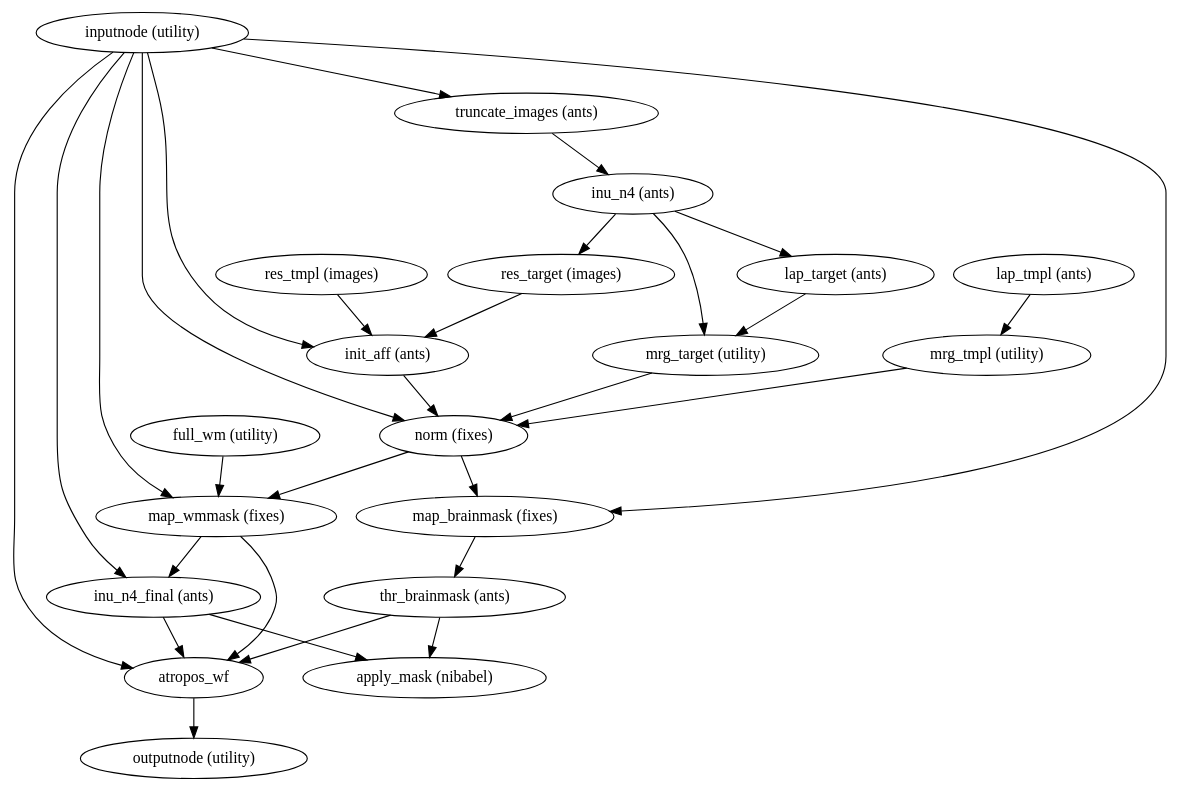
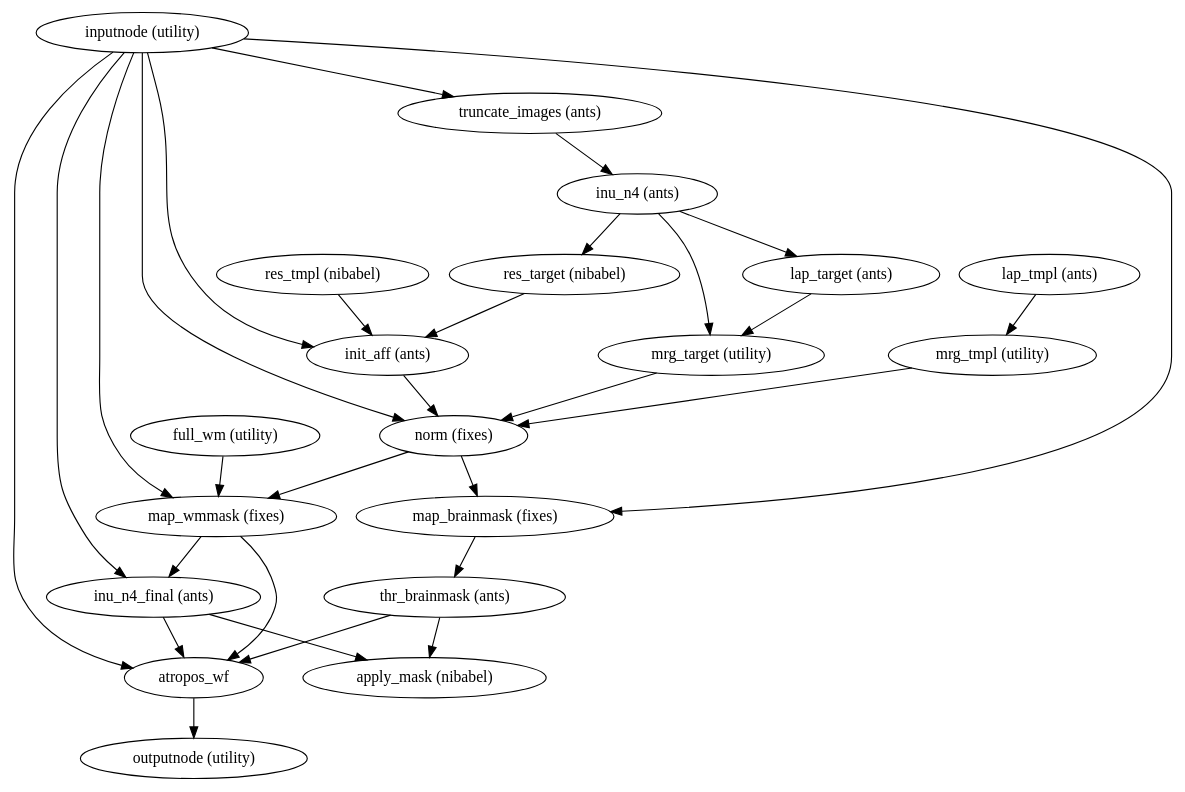
One commit to notZaki/niworkflows changed the diagram in 1.1.7/wf_directive/api/brain_extraction_wf/niworkflows-anat-ants-2.dot. Above: the diagram before and after it, drawn with Graphviz. The commit also changed 12515 other files, not shown here.

```diff
--- a/1.1.7/wf_directive/api/brain_extraction_wf/niworkflows-anat-ants-2.dot
+++ b/1.1.7/wf_directive/api/brain_extraction_wf/niworkflows-anat-ants-2.dot
@@ -1,50 +1,50 @@
 strict digraph  {
 "inputnode (utility)";
 "truncate_images (ants)";
 "inu_n4_final (ants)";
 "init_aff (ants)";
 "norm (fixes)";
 "map_brainmask (fixes)";
 "map_wmmask (fixes)";
 atropos_wf;
 "inu_n4 (ants)";
 "apply_mask (nibabel)";
 "thr_brainmask (ants)";
-"res_target (images)";
+"res_target (nibabel)";
 "lap_target (ants)";
 "mrg_target (utility)";
-"res_tmpl (images)";
+"res_tmpl (nibabel)";
 "full_wm (utility)";
 "lap_tmpl (ants)";
 "mrg_tmpl (utility)";
 "outputnode (utility)";
 "inputnode (utility)" -> "truncate_images (ants)";
 "inputnode (utility)" -> "inu_n4_final (ants)";
 "inputnode (utility)" -> "init_aff (ants)";
 "inputnode (utility)" -> "norm (fixes)";
 "inputnode (utility)" -> "map_brainmask (fixes)";
 "inputnode (utility)" -> "map_wmmask (fixes)";
 "inputnode (utility)" -> atropos_wf;
 "truncate_images (ants)" -> "inu_n4 (ants)";
 "inu_n4_final (ants)" -> "apply_mask (nibabel)";
 "inu_n4_final (ants)" -> atropos_wf;
 "init_aff (ants)" -> "norm (fixes)";
 "norm (fixes)" -> "map_brainmask (fixes)";
 "norm (fixes)" -> "map_wmmask (fixes)";
 "map_brainmask (fixes)" -> "thr_brainmask (ants)";
 "map_wmmask (fixes)" -> "inu_n4_final (ants)";
 "map_wmmask (fixes)" -> atropos_wf;
 atropos_wf -> "outputnode (utility)";
-"inu_n4 (ants)" -> "res_target (images)";
+"inu_n4 (ants)" -> "res_target (nibabel)";
 "inu_n4 (ants)" -> "lap_target (ants)";
 "inu_n4 (ants)" -> "mrg_target (utility)";
 "thr_brainmask (ants)" -> "apply_mask (nibabel)";
 "thr_brainmask (ants)" -> atropos_wf;
-"res_target (images)" -> "init_aff (ants)";
+"res_target (nibabel)" -> "init_aff (ants)";
 "lap_target (ants)" -> "mrg_target (utility)";
 "mrg_target (utility)" -> "norm (fixes)";
-"res_tmpl (images)" -> "init_aff (ants)";
+"res_tmpl (nibabel)" -> "init_aff (ants)";
 "full_wm (utility)" -> "map_wmmask (fixes)";
 "lap_tmpl (ants)" -> "mrg_tmpl (utility)";
 "mrg_tmpl (utility)" -> "norm (fixes)";
 }
```
